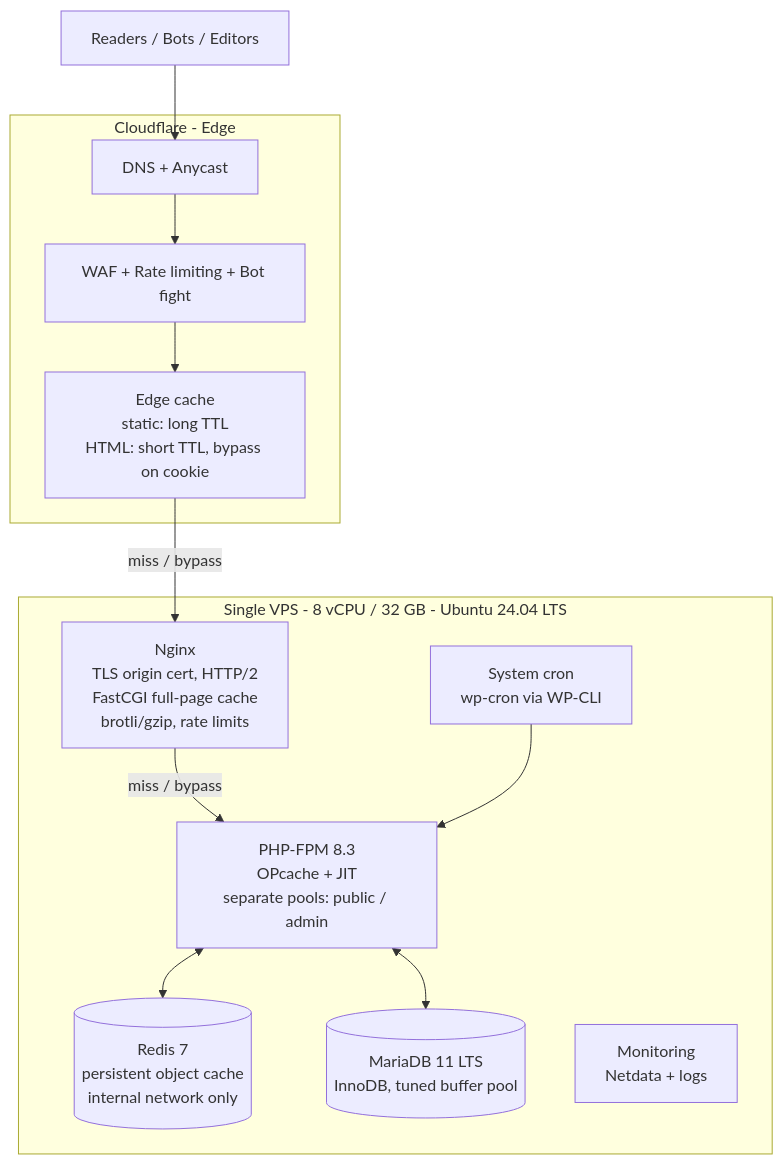
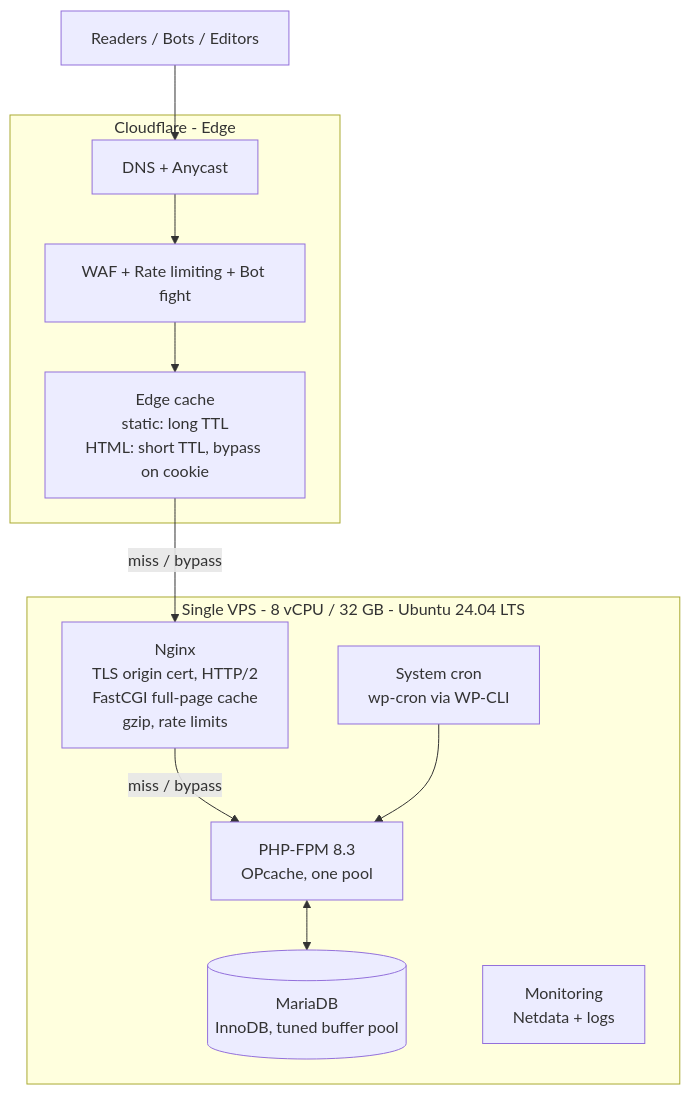
Before and after one commit to salimserdar/news-wp-architecture: the first of 2 diagrams in docs/02-architecture-overview.md, drawn with Mermaid. The commit also changed other lines of this file and 51 other files, not shown here.

````diff
--- a/docs/02-architecture-overview.md
+++ b/docs/02-architecture-overview.md
@@ -5,26 +5,24 @@
 ```mermaid
 flowchart TB
     R[Readers / Bots / Editors]
 
     subgraph CF[Cloudflare - Edge]
         DNS[DNS + Anycast]
         WAF[WAF + Rate limiting + Bot fight]
         EC[Edge cache<br/>static: long TTL<br/>HTML: short TTL, bypass on cookie]
     end
 
     subgraph VPS[Single VPS - 8 vCPU / 32 GB - Ubuntu 24.04 LTS]
-        NG[Nginx<br/>TLS origin cert, HTTP/2<br/>FastCGI full-page cache<br/>brotli/gzip, rate limits]
-        FPM[PHP-FPM 8.3<br/>OPcache + JIT<br/>separate pools: public / admin]
-        RD[(Redis 7<br/>persistent object cache<br/>internal network only)]
-        DB[(MariaDB 11 LTS<br/>InnoDB, tuned buffer pool)]
+        NG[Nginx<br/>TLS origin cert, HTTP/2<br/>FastCGI full-page cache<br/>gzip, rate limits]
+        FPM[PHP-FPM 8.3<br/>OPcache, one pool]
+        DB[(MariaDB<br/>InnoDB, tuned buffer pool)]
         CRON[System cron<br/>wp-cron via WP-CLI]
         MON[Monitoring<br/>Netdata + logs]
     end
 
     R --> DNS --> WAF --> EC
     EC -- "miss / bypass" --> NG
     NG -- "miss / bypass" --> FPM
-    FPM <--> RD
     FPM <--> DB
     CRON --> FPM
 ```
````
